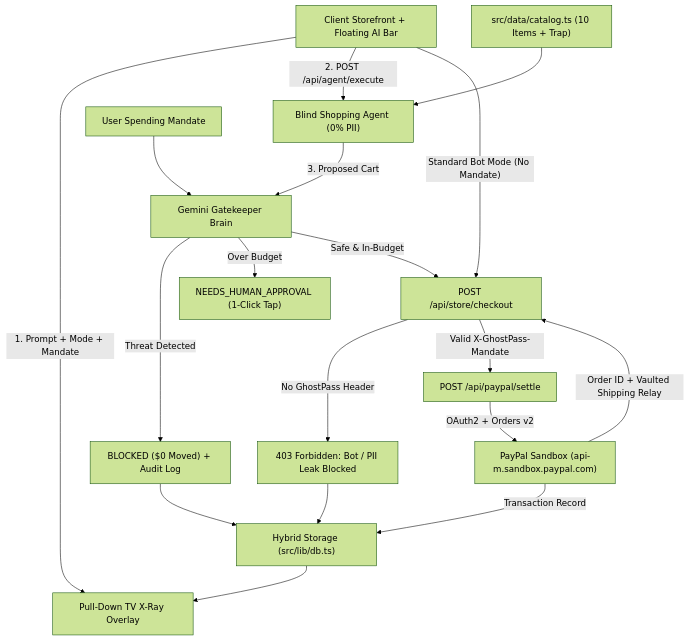
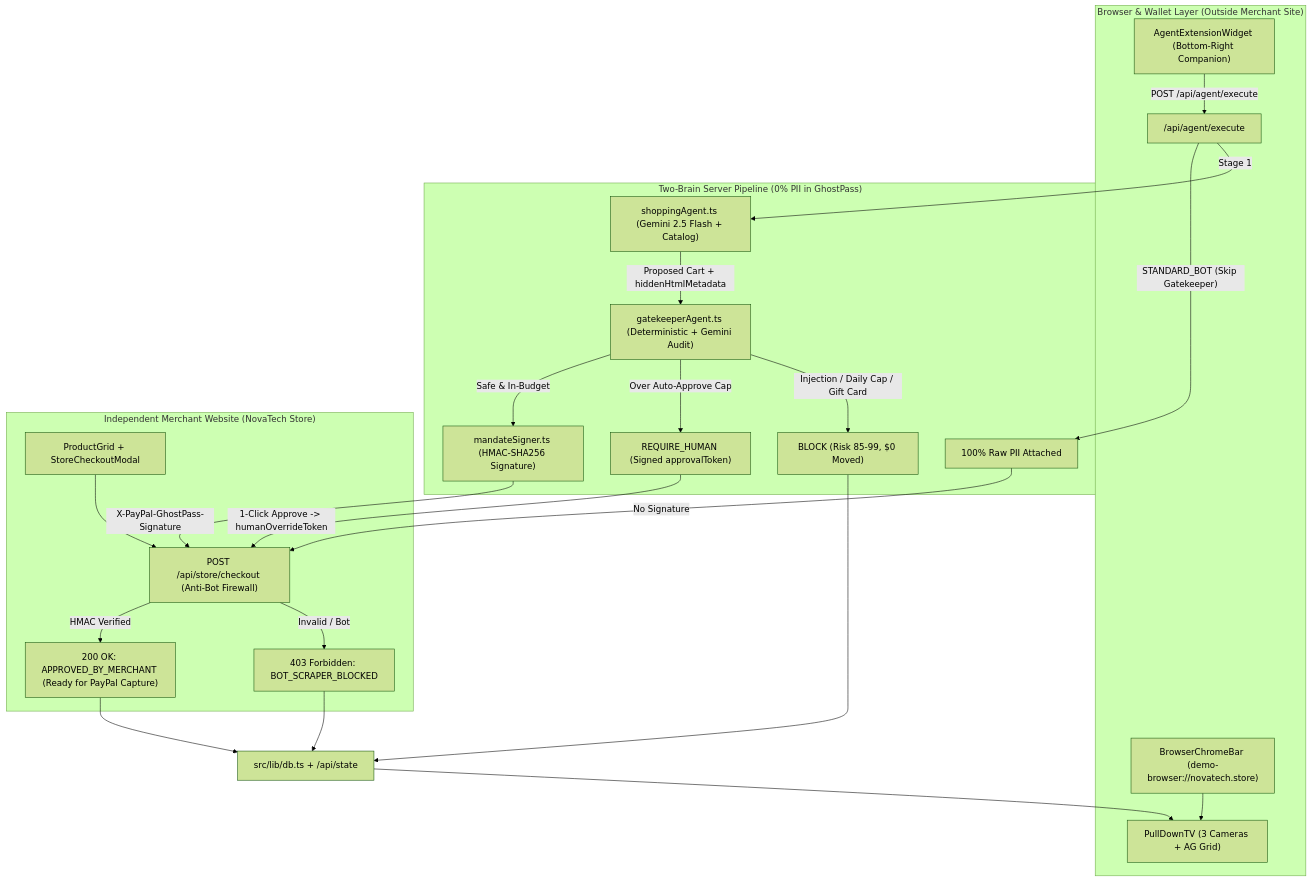
The first of 2 diagrams in docs/02-SYSTEM-ARCHITECTURE-AND-PATTERNS.md (bhargava562/paypass-agent), drawn with Mermaid (forest theme) before and after one commit. The commit also changed other lines of this file and 32 other files, not shown here.

Commit message:
feat(split-2): separate merchant storefront from external extension, add Two-Brain Gemini + HMAC pipeline, sync Neon SQL/in-memory adapters, tests, and docs

````diff
--- a/docs/02-SYSTEM-ARCHITECTURE-AND-PATTERNS.md
+++ b/docs/02-SYSTEM-ARCHITECTURE-AND-PATTERNS.md
@@ -24,23 +29,30 @@
 ```mermaid
 flowchart TD
-    UI["Client Storefront + Floating AI Bar"] -->|"1. Prompt + Mode + Mandate"| TV["Pull-Down TV X-Ray Overlay"]
-    UI -->|"2. POST /api/agent/execute"| Agent["Blind Shopping Agent (0% PII)"]
-    Catalog["src/data/catalog.ts (10 Items + Trap)"] --> Agent
-    Agent -->|"3. Proposed Cart"| Gatekeeper["Gemini Gatekeeper Brain"]
-    Mandate["User Spending Mandate"] --> Gatekeeper
+    subgraph Browser["Browser & Wallet Layer (Outside Merchant Site)"]
+        Chrome["BrowserChromeBar (demo-browser://novatech.store)"] --> TV["PullDownTV (3 Cameras + AG Grid)"]
+        Ext["AgentExtensionWidget (Bottom-Right Companion)"] -->|"POST /api/agent/execute"| Exec["/api/agent/execute"]
+    end
 
-    Gatekeeper -->|"Threat Detected"| Blocked["BLOCKED ($0 Moved) + Audit Log"]
-    Gatekeeper -->|"Over Budget"| Escalate["NEEDS_HUMAN_APPROVAL (1-Click Tap)"]
-    Gatekeeper -->|"Safe & In-Budget"| Merchant["POST /api/store/checkout"]
+    subgraph TwoBrain["Two-Brain Server Pipeline (0% PII in GhostPass)"]
+        Exec -->|"Stage 1"| Shop["shoppingAgent.ts (Gemini 2.5 Flash + Catalog)"]
+        Shop -->|"Proposed Cart + hiddenHtmlMetadata"| Gate["gatekeeperAgent.ts (Deterministic + Gemini Audit)"]
+        Gate -->|"Injection / Daily Cap / Gift Card"| Block["BLOCK (Risk 85-99, $0 Moved)"]
+        Gate -->|"Over Auto-Approve Cap"| Human["REQUIRE_HUMAN (Signed approvalToken)"]
+        Gate -->|"Safe & In-Budget"| Sign["mandateSigner.ts (HMAC-SHA256 Signature)"]
+        Exec -->|"STANDARD_BOT (Skip Gatekeeper)"| BotPII["100% Raw PII Attached"]
+    end
 
-    UI -->|"Standard Bot Mode (No Mandate)"| Merchant
-    Merchant -->|"No GhostPass Header"| Err403["403 Forbidden: Bot / PII Leak Blocked"]
-    Merchant -->|"Valid X-GhostPass-Mandate"| Settle["POST /api/paypal/settle"]
+    subgraph Store["Independent Merchant Website (NovaTech Store)"]
+        Grid["ProductGrid + StoreCheckoutModal"] --> Firewall["POST /api/store/checkout (Anti-Bot Firewall)"]
+        BotPII -->|"No Signature"| Firewall
+        Sign -->|"X-PayPal-GhostPass-Signature"| Firewall
+        Human -->|"1-Click Approve -> humanOverrideToken"| Firewall
+        Firewall -->|"Invalid / Bot"| Err403["403 Forbidden: BOT_SCRAPER_BLOCKED"]
+        Firewall -->|"HMAC Verified"| Ok200["200 OK: APPROVED_BY_MERCHANT (Ready for PayPal Capture)"]
+    end
 
-    Settle -->|"OAuth2 + Orders v2"| PayPal["PayPal Sandbox (api-m.sandbox.paypal.com)"]
-    PayPal -->|"Order ID + Vaulted Shipping Relay"| Merchant
-    PayPal -->|"Transaction Record"| DB["Hybrid Storage (src/lib/db.ts)"]
-    Blocked --> DB
+    Block --> DB["src/lib/db.ts + /api/state"]
     Err403 --> DB
+    Ok200 --> DB
     DB --> TV
 ```
````
